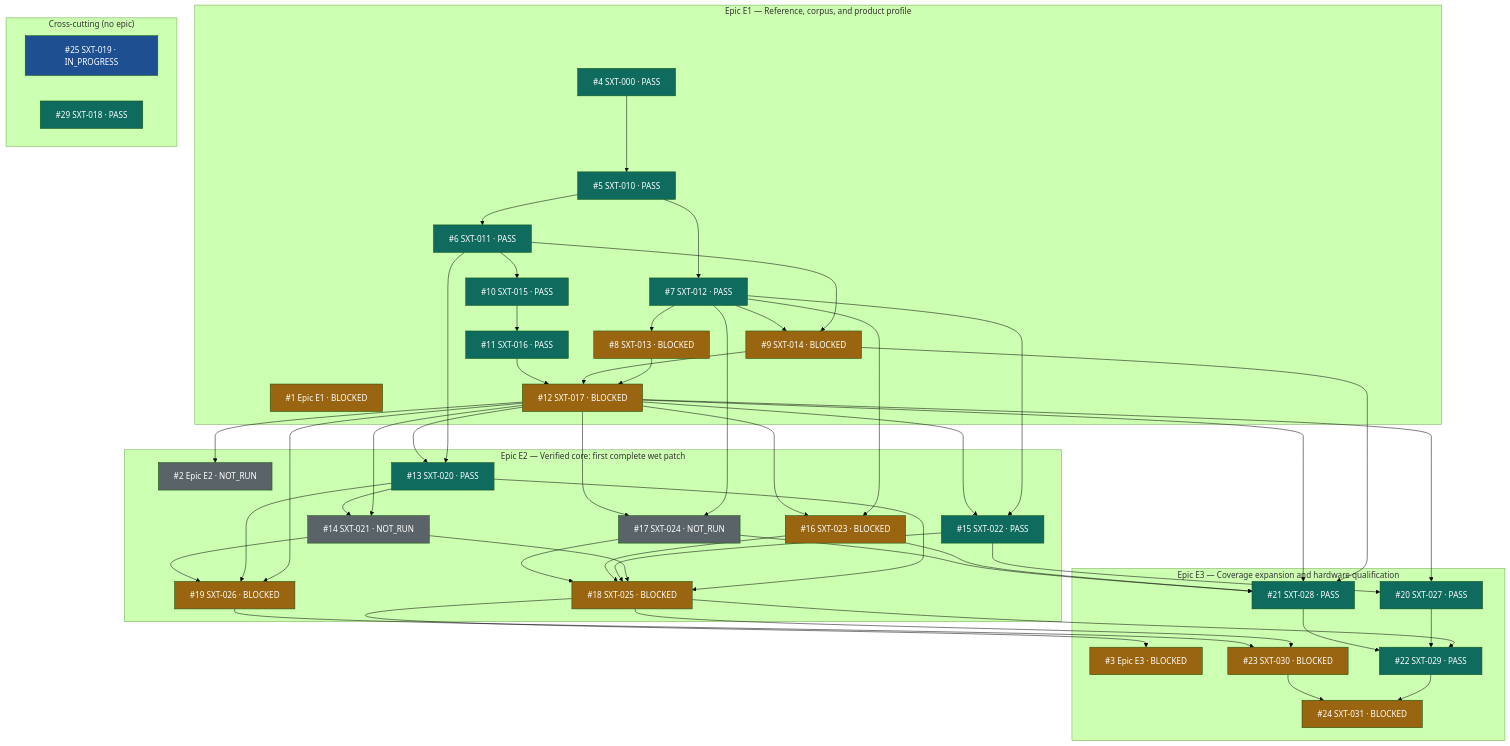
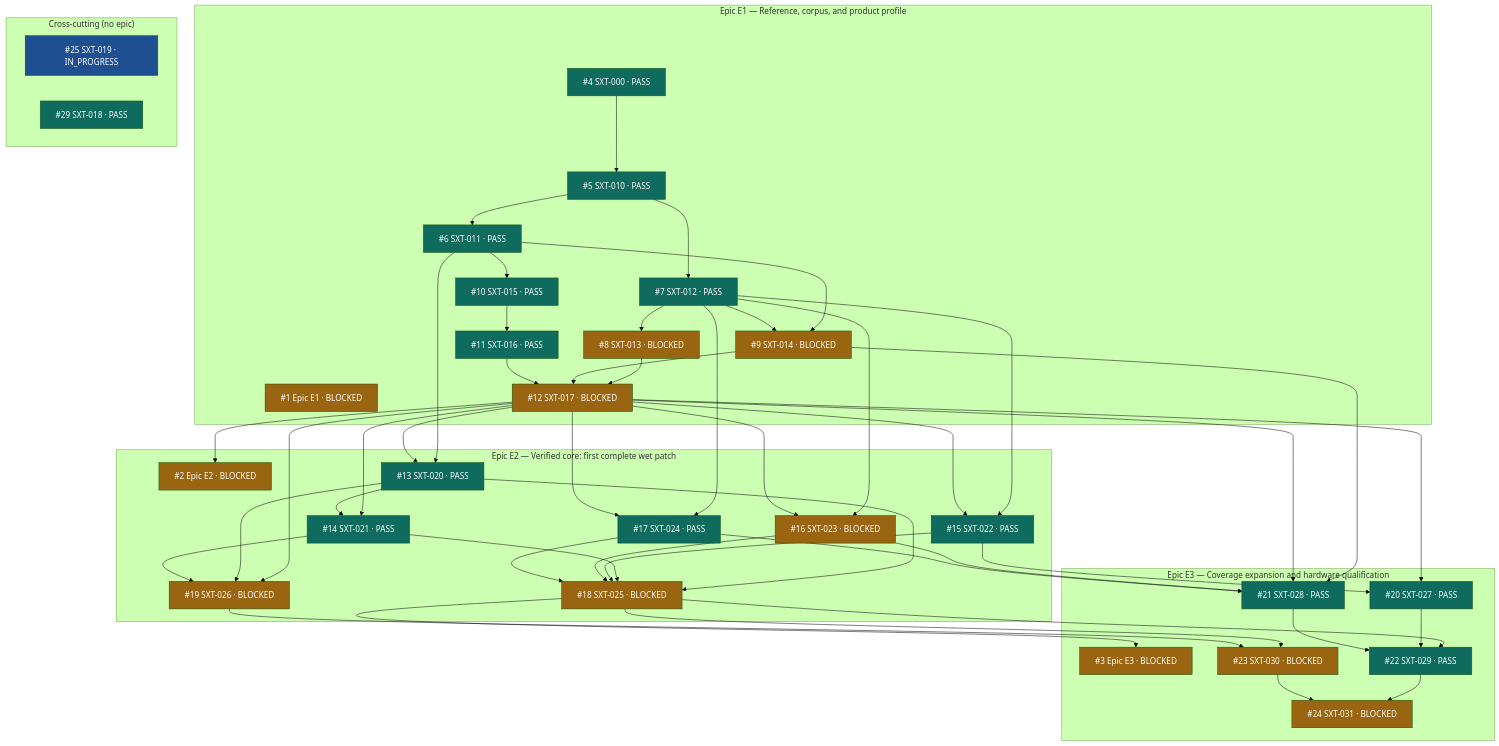
The diagram in README.md (2AMLogic/gf180-surge), drawn with Mermaid (forest theme) before and after one commit. The commit also changed other lines of this file and 1 other file, not shown here.

Commit message:
DAG: mark landed SXT-021/#14 and SXT-024/#17 (missed in prior refresh)

````diff
--- a/README.md
+++ b/README.md
@@ -119,12 +119,12 @@
     n12["#12 SXT-017 · BLOCKED"]
   end
   subgraph E2["Epic E2 — Verified core: first complete wet patch"]
-    n2["#2 Epic E2 · NOT_RUN"]
+    n2["#2 Epic E2 · BLOCKED"]
     n13["#13 SXT-020 · PASS"]
-    n14["#14 SXT-021 · NOT_RUN"]
+    n14["#14 SXT-021 · PASS"]
     n15["#15 SXT-022 · PASS"]
     n16["#16 SXT-023 · BLOCKED"]
-    n17["#17 SXT-024 · NOT_RUN"]
+    n17["#17 SXT-024 · PASS"]
     n18["#18 SXT-025 · BLOCKED"]
     n19["#19 SXT-026 · BLOCKED"]
   end
@@ -193,7 +193,6 @@
   classDef noverdict fill:#6B46C1,color:#fff
   classDef stale fill:#B7791F,color:#fff
   class n25 inprogress
-  class n1,n3,n8,n9,n12,n16,n18,n19,n23,n24 blocked
-  class n2,n14,n17 notrun
-  class n4,n5,n6,n7,n10,n11,n13,n15,n20,n21,n22,n29 pass
+  class n1,n2,n3,n8,n9,n12,n16,n18,n19,n23,n24 blocked
+  class n4,n5,n6,n7,n10,n11,n13,n14,n15,n17,n20,n21,n22,n29 pass
 ```
````
